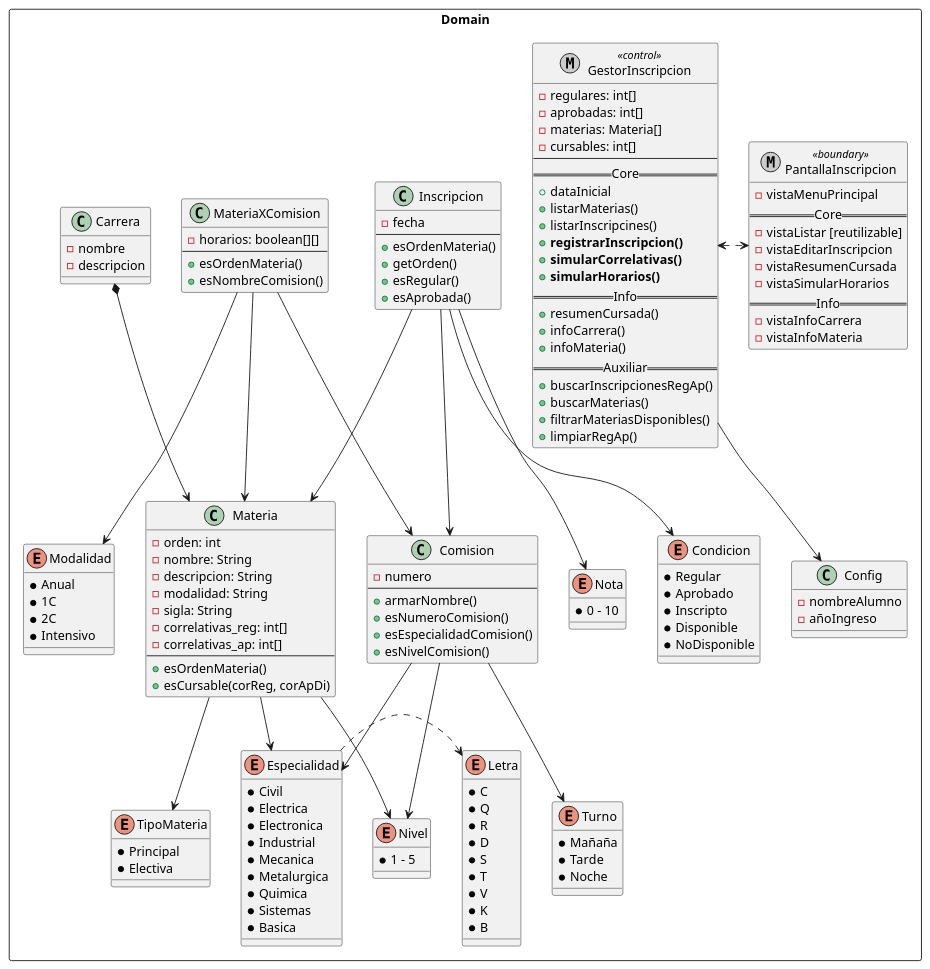
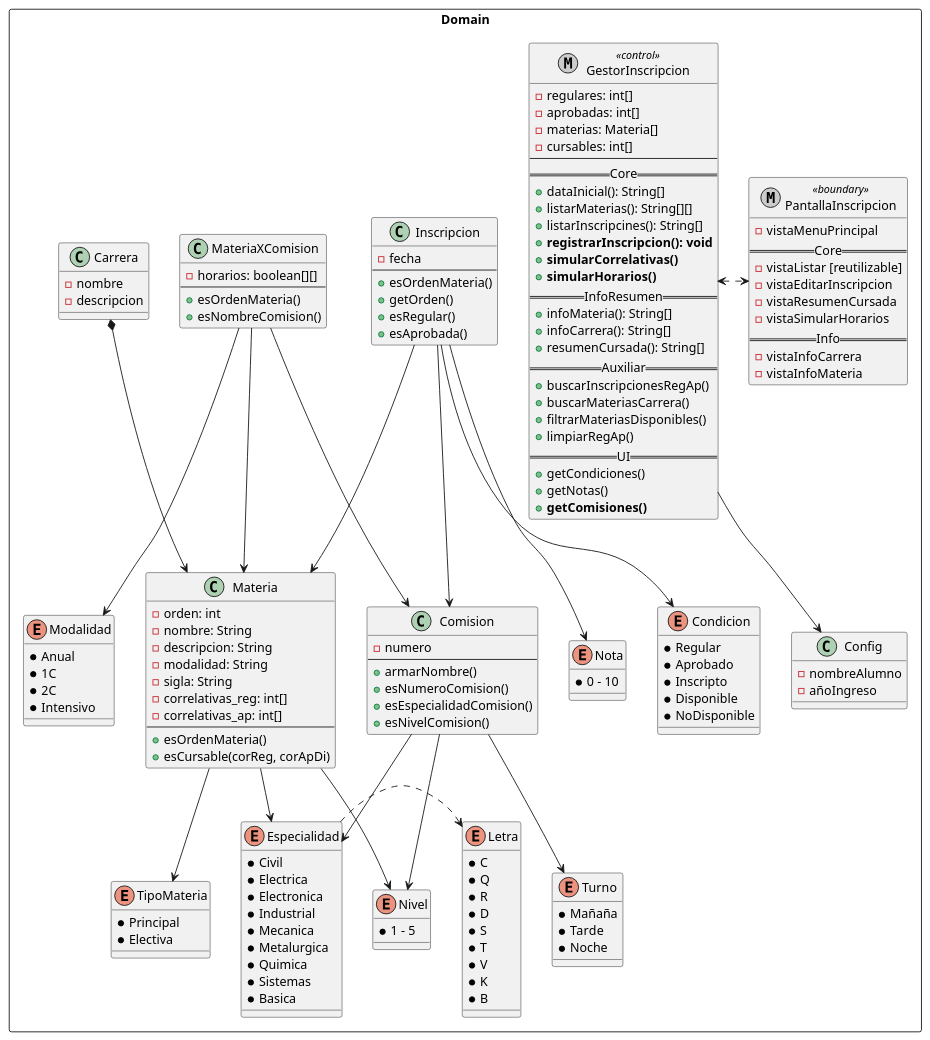
One commit to EmilianoM7/UTN_EZ changed the diagram in Doc/UTNEZ_ClassDomain.puml. Above: the diagram before and after it, drawn with PlantUML. The commit also changed 61 other files, not shown here.

```diff
--- a/Doc/UTNEZ_ClassDomain.puml
+++ b/Doc/UTNEZ_ClassDomain.puml
@@ -1,173 +1,177 @@
 @startuml
 
 rectangle Domain{
     metaclass GestorInscripcion <<control>>{
         - regulares: int[]
         - aprobadas: int[]
         - materias: Materia[]
         - cursables: int[]
         --
         ==Core==
-        + dataInicial
-        + listarMaterias()
-        + listarInscripcines()
-        + <b>registrarInscripcion()
+        + dataInicial(): String[]
+        + listarMaterias(): String[][]
+        + listarInscripcines(): String[]
+        + <b>registrarInscripcion(): void
         + <b>simularCorrelativas()
         + <b>simularHorarios()
-        ==Info==
-        + resumenCursada()
-        + infoCarrera()
-        + infoMateria()
+        ==InfoResumen==
+        + infoMateria(): String[]
+        + infoCarrera(): String[]
+        + resumenCursada(): String[]
         ==Auxiliar==
         + buscarInscripcionesRegAp()
-        + buscarMaterias()
+        + buscarMateriasCarrera()
         + filtrarMateriasDisponibles()
         + limpiarRegAp()
+        ==UI==
+        + getCondiciones()
+        + getNotas()
+        + <b>getComisiones()
     }
 
     metaclass PantallaInscripcion <<boundary>>{
         - vistaMenuPrincipal
         ==Core==
         - vistaListar [reutilizable]
         - vistaEditarInscripcion
         - vistaResumenCursada
         - vistaSimularHorarios
         ==Info==
         - vistaInfoCarrera
         - vistaInfoMateria
     }
 
     class Inscripcion{
         - fecha
         --
         + esOrdenMateria()
         + getOrden()
         + esRegular()
         + esAprobada()
     }
 
     class MateriaXComision{
         - horarios: boolean[][]
         --
         + esOrdenMateria()
         + esNombreComision()
     }
 
     class Carrera {
         - nombre
         - descripcion
     }
 
     class Config {
         - nombreAlumno
         - añoIngreso
     }
 
     class Materia {
         - orden: int
         - nombre: String
         - descripcion: String
         - modalidad: String
         - sigla: String
         - correlativas_reg: int[]
         - correlativas_ap: int[]
         --
         + esOrdenMateria()
         + esCursable(corReg, corApDi)
     }
 
     class Comision{
         - numero
         --
         + armarNombre()
         + esNumeroComision()
         + esEspecialidadComision()
         + esNivelComision()
     }
 
     enum Nota{
         * 0 - 10
     }
 
     enum Condicion{
         * Regular
         * Aprobado
         * Inscripto
         * Disponible
         * NoDisponible
     }
 
     enum TipoMateria{
         * Principal
         * Electiva
     }
 
     enum Especialidad{
         * Civil
         * Electrica
         * Electronica
         * Industrial
         * Mecanica
         * Metalurgica
         * Quimica
         * Sistemas
         * Basica
     }
 
     enum Letra{
         * C
         * Q
         * R
         * D
         * S
         * T
         * V
         * K
         * B
     }
 
     enum Turno {
         * Mañaña
         * Tarde
         * Noche
     }
 
     enum Modalidad {
         * Anual
         * 1C
         * 2C
         * Intensivo
     }
 
     enum Nivel{
         * 1 - 5
     }
 
     GestorInscripcion --> Config
 
     GestorInscripcion <.> PantallaInscripcion
 
     Carrera *--> Materia
     'Carrera --> Especialidad
 
     Materia --> Especialidad
     Materia --> Nivel
     Materia --> TipoMateria
 
     Especialidad .> Letra
 
     Inscripcion --> Comision
     Inscripcion --> Condicion
     Inscripcion --> Nota
     Inscripcion --> Materia
 
     MateriaXComision --> Materia
     MateriaXComision --> Comision
     MateriaXComision --> Modalidad
 
     Comision --> Turno
     Comision --> Especialidad
     Comision --> Nivel
 }
 
 @enduml
```
